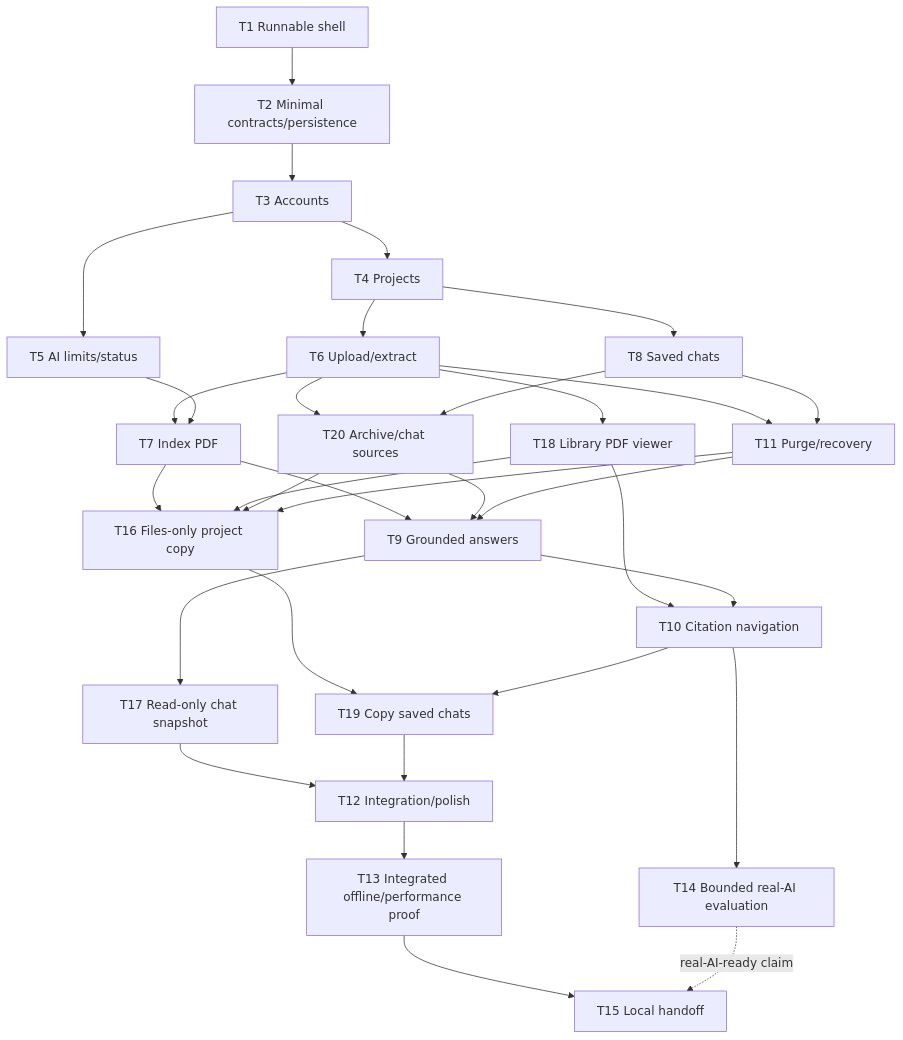
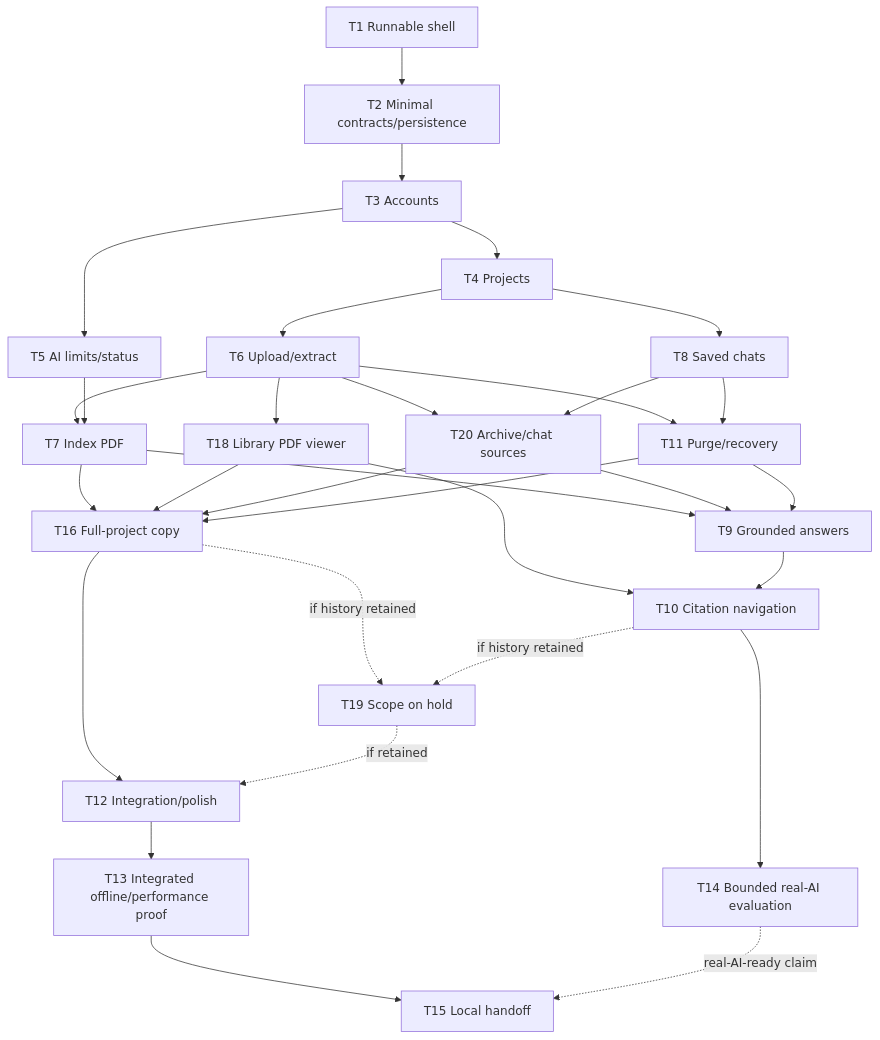
Before and after one commit to igrgin/ai-knowledge-base: the diagram in docs/roadmap.md, drawn with Mermaid. The commit also changed other lines of this file and 19 other files, not shown here.

Commit message:
drop standalone chat snapshots from project sharing plans

````diff
--- a/docs/roadmap.md
+++ b/docs/roadmap.md
@@ -78,34 +78,33 @@
 ```mermaid
 flowchart TD
   T1["T1 Runnable shell"] --> T2["T2 Minimal contracts/persistence"]
   T2 --> T3["T3 Accounts"]
   T3 --> T4["T4 Projects"]
   T3 --> T5["T5 AI limits/status"]
   T4 --> T6["T6 Upload/extract"]
   T4 --> T8["T8 Saved chats"]
   T6 --> T7["T7 Index PDF"]
   T5 --> T7
   T6 --> T18["T18 Library PDF viewer"]
   T6 --> T20["T20 Archive/chat sources"]
   T8 --> T20
   T6 --> T11["T11 Purge/recovery"]
   T8 --> T11
   T7 --> T9["T9 Grounded answers"]
   T20 --> T9
   T11 --> T9
   T18 --> T10["T10 Citation navigation"]
   T9 --> T10
-  T7 --> T16["T16 Files-only project copy"]
+  T7 --> T16["T16 Full-project copy"]
   T18 --> T16
   T20 --> T16
   T11 --> T16
-  T9 --> T17["T17 Read-only chat snapshot"]
-  T16 --> T19["T19 Copy saved chats"]
-  T10 --> T19
-  T17 --> T12["T12 Integration/polish"]
-  T19 --> T12
+  T16 -. if history retained .-> T19["T19 Scope on hold"]
+  T10 -. if history retained .-> T19
+  T16 --> T12["T12 Integration/polish"]
+  T19 -. if retained .-> T12
   T12 --> T13["T13 Integrated offline/performance proof"]
   T10 --> T14["T14 Bounded real-AI evaluation"]
   T13 --> T15["T15 Local handoff"]
   T14 -. "real-AI-ready claim" .-> T15
 ```
````
